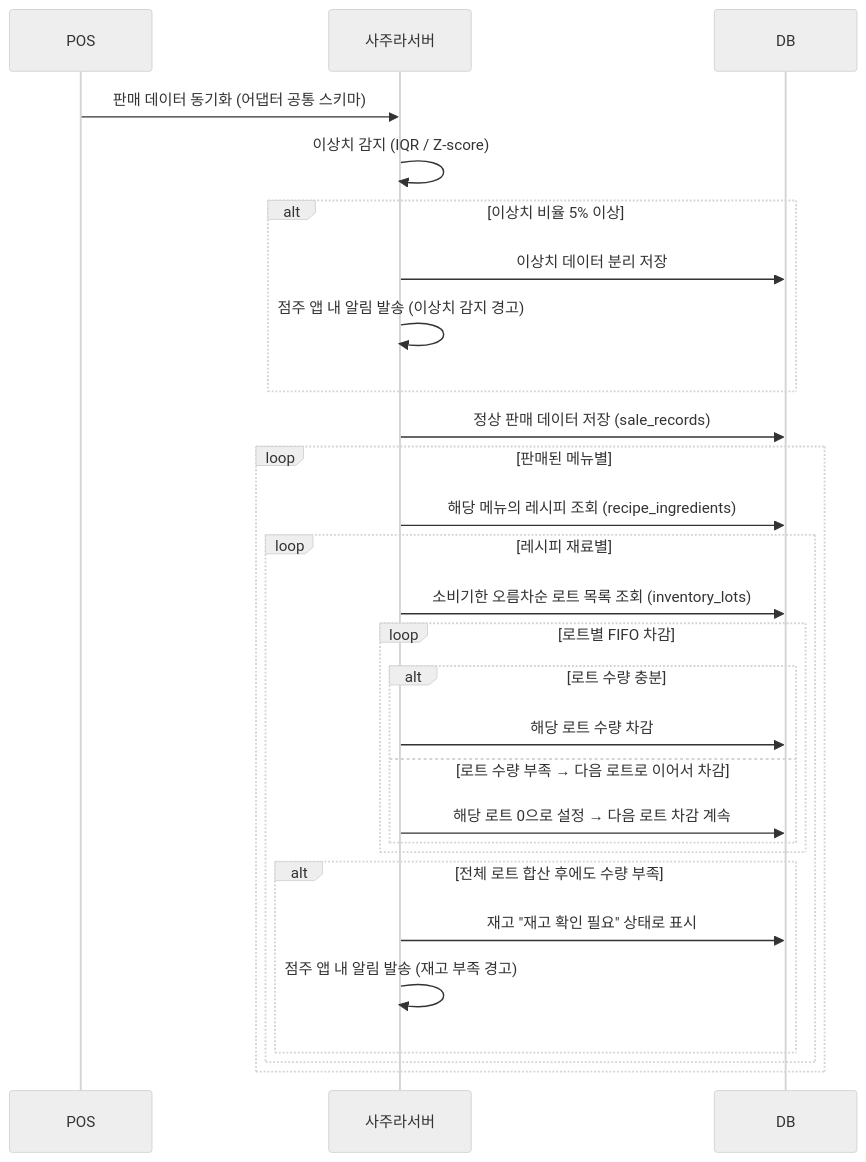
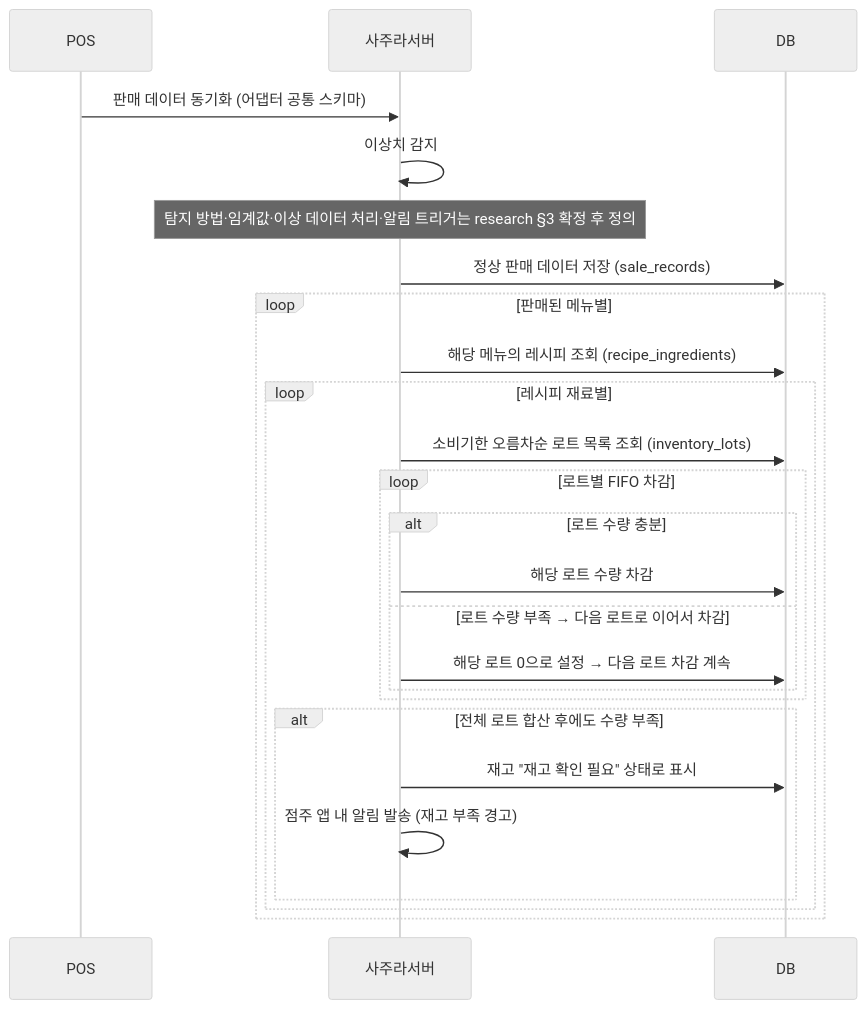
The fifth of 7 diagrams in docs/spec/04_flow/sequence.md (h-taek/CapstoneDesign_Sajura), drawn with Mermaid (neutral theme) before and after one commit. The commit also changed other lines of this file and 20 other files, not shown here.

````diff
--- a/docs/spec/04_flow/sequence.md
+++ b/docs/spec/04_flow/sequence.md
@@ -250,32 +250,29 @@
 ```mermaid
 sequenceDiagram
     participant POS
     participant 사주라서버
     participant DB
 
     POS->>사주라서버: 판매 데이터 동기화 (어댑터 공통 스키마)
-    사주라서버->>사주라서버: 이상치 감지 (IQR / Z-score)
-    alt 이상치 비율 5% 이상
-        사주라서버->>DB: 이상치 데이터 분리 저장
-        사주라서버->>사주라서버: 점주 앱 내 알림 발송 (이상치 감지 경고)
-    end
+    사주라서버->>사주라서버: 이상치 감지
+    Note over 사주라서버: 탐지 방법·임계값·이상 데이터 처리·알림 트리거는 research §3 확정 후 정의
     사주라서버->>DB: 정상 판매 데이터 저장 (sale_records)
 
     loop 판매된 메뉴별
         사주라서버->>DB: 해당 메뉴의 레시피 조회 (recipe_ingredients)
         loop 레시피 재료별
             사주라서버->>DB: 소비기한 오름차순 로트 목록 조회 (inventory_lots)
             loop 로트별 FIFO 차감
                 alt 로트 수량 충분
                     사주라서버->>DB: 해당 로트 수량 차감
                 else 로트 수량 부족 → 다음 로트로 이어서 차감
                     사주라서버->>DB: 해당 로트 0으로 설정 → 다음 로트 차감 계속
                 end
             end
             alt 전체 로트 합산 후에도 수량 부족
                 사주라서버->>DB: 재고 "재고 확인 필요" 상태로 표시
                 사주라서버->>사주라서버: 점주 앱 내 알림 발송 (재고 부족 경고)
             end
         end
     end
 ```
````
